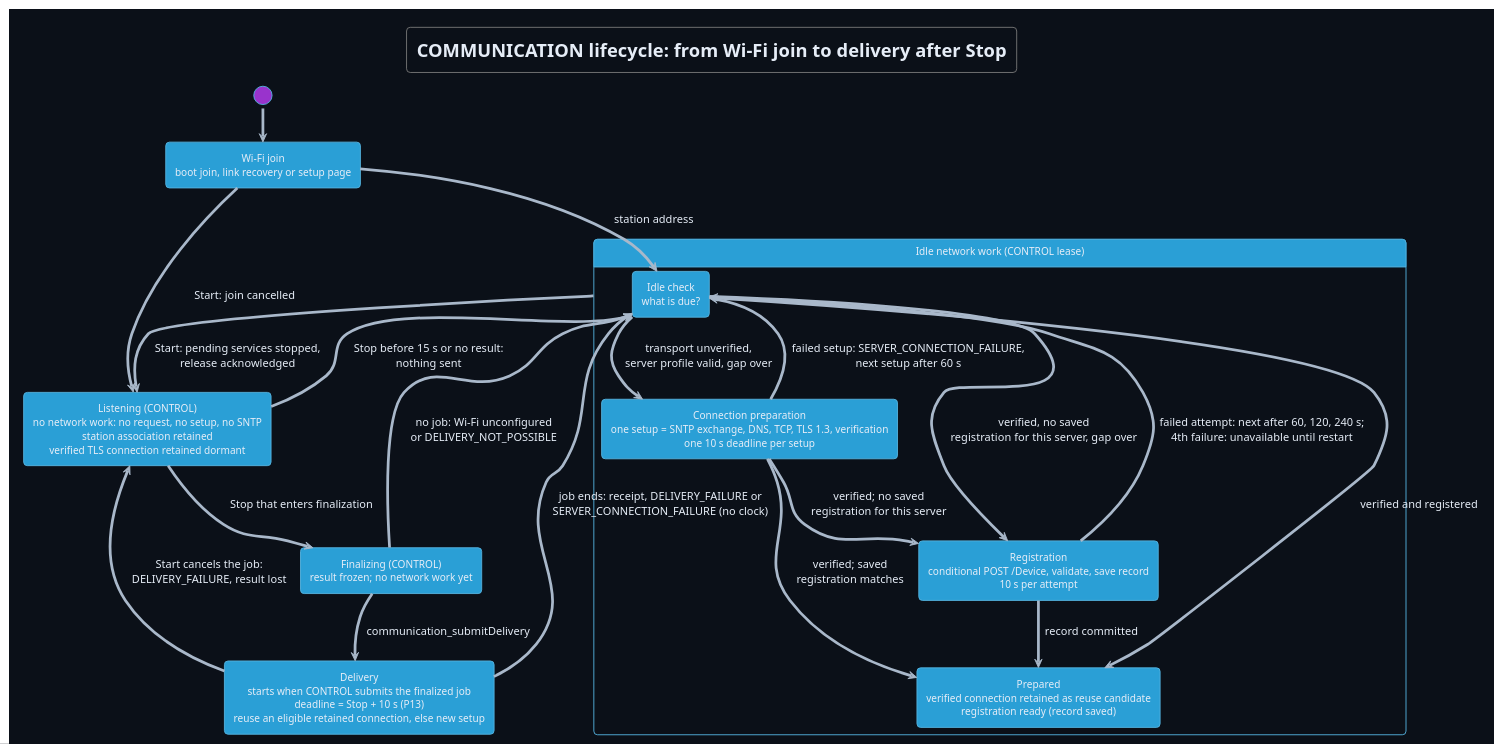
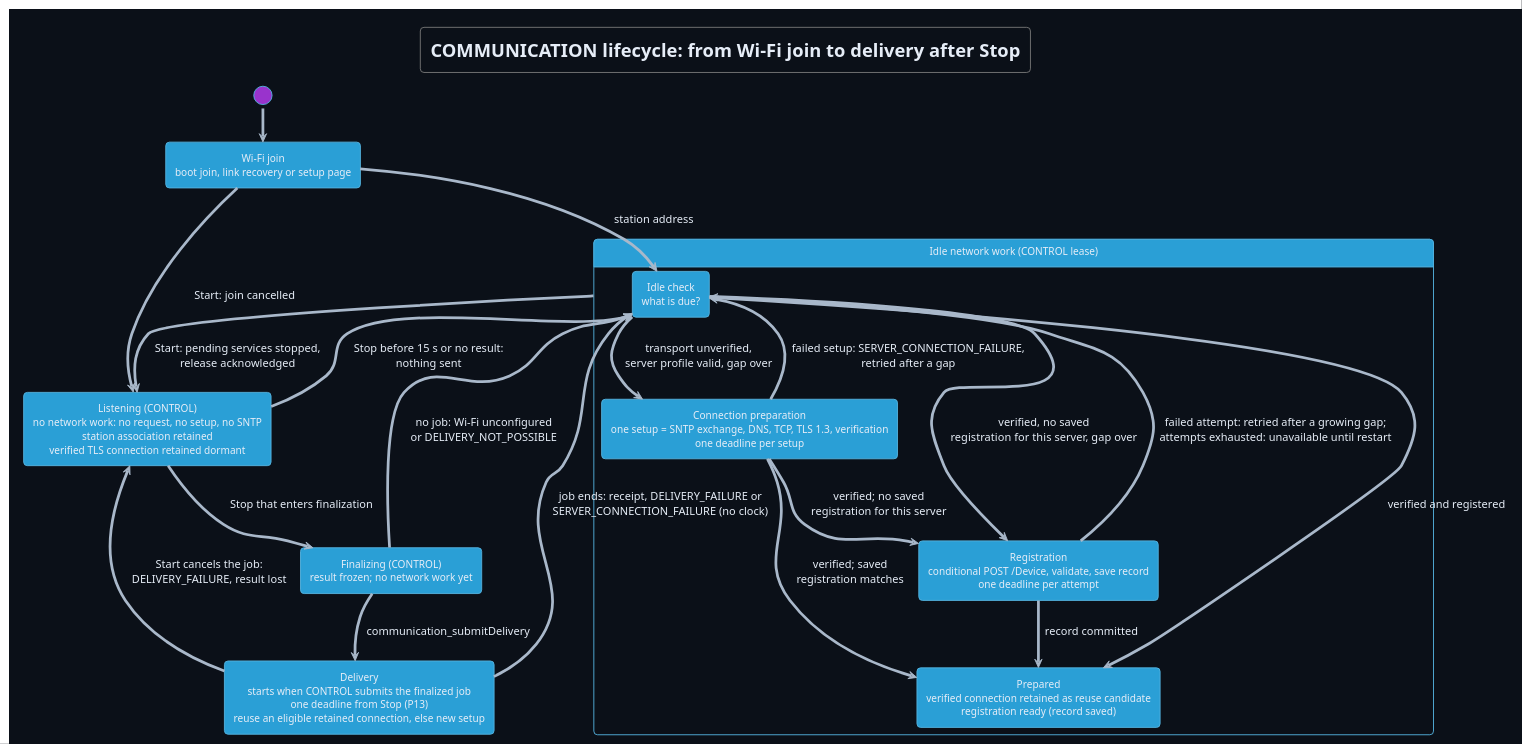
One commit to DemonicPsychoII/DigitalStethoscope changed the diagram in Development/system/architecture/COMMUNICATION/communication-lifecycle.puml. Above: the diagram before and after it, drawn with PlantUML. The commit also changed 5 other files, not shown here.

```diff
--- a/Development/system/architecture/COMMUNICATION/communication-lifecycle.puml
+++ b/Development/system/architecture/COMMUNICATION/communication-lifecycle.puml
@@ -1,39 +1,39 @@
 @startuml communication_lifecycle
 !theme cyborg
 !pragma layout smetana
 skinparam shadowing false
 skinparam defaultFontName SansSerif
 skinparam backgroundColor #0b1018
 skinparam defaultFontColor #e6edf7
 skinparam ArrowColor #a9b8ca
 title COMMUNICATION lifecycle: from Wi-Fi join to delivery after Stop
 hide empty description
 state "Wi-Fi join\nboot join, link recovery or setup page" as Join
 state "Idle network work (CONTROL lease)" as Idle {
  state "Idle check\nwhat is due?" as Check
- state "Connection preparation\none setup = SNTP exchange, DNS, TCP, TLS 1.3, verification\none 10 s deadline per setup" as Preparation
- state "Registration\nconditional POST /Device, validate, save record\n10 s per attempt" as Registration
+ state "Connection preparation\none setup = SNTP exchange, DNS, TCP, TLS 1.3, verification\none deadline per setup" as Preparation
+ state "Registration\nconditional POST /Device, validate, save record\none deadline per attempt" as Registration
  state "Prepared\nverified connection retained as reuse candidate\nregistration ready (record saved)" as Prepared
 }
 state "Listening (CONTROL)\nno network work: no request, no setup, no SNTP\nstation association retained\nverified TLS connection retained dormant" as Listening
 state "Finalizing (CONTROL)\nresult frozen; no network work yet" as Finalizing
-state "Delivery\nstarts when CONTROL submits the finalized job\ndeadline = Stop + 10 s (P13)\nreuse an eligible retained connection, else new setup" as Delivery
+state "Delivery\nstarts when CONTROL submits the finalized job\none deadline from Stop (P13)\nreuse an eligible retained connection, else new setup" as Delivery
 [*] --> Join
 Join -down-> Check : station address
 Check --> Preparation : transport unverified,\nserver profile valid, gap over
 Check --> Registration : verified, no saved\nregistration for this server, gap over
 Check --> Prepared : verified and registered
-Preparation --> Check : failed setup: SERVER_CONNECTION_FAILURE,\nnext setup after 60 s
+Preparation --> Check : failed setup: SERVER_CONNECTION_FAILURE,\nretried after a gap
 Preparation --> Registration : verified; no saved\nregistration for this server
 Preparation --> Prepared : verified; saved\nregistration matches
 Registration --> Prepared : record committed
-Registration --> Check : failed attempt: next after 60, 120, 240 s;\n4th failure: unavailable until restart
+Registration --> Check : failed attempt: retried after a growing gap;\nattempts exhausted: unavailable until restart
 Idle -down-> Listening : Start: pending services stopped,\nrelease acknowledged
 Join --> Listening : Start: join cancelled
 Listening -up-> Check : Stop before 15 s or no result:\nnothing sent
 Listening -down-> Finalizing : Stop that enters finalization
 Finalizing -up-> Check : no job: Wi-Fi unconfigured\nor DELIVERY_NOT_POSSIBLE
 Finalizing -down-> Delivery : communication_submitDelivery
 Delivery -up-> Check : job ends: receipt, DELIVERY_FAILURE or\nSERVER_CONNECTION_FAILURE (no clock)
 Delivery -up-> Listening : Start cancels the job:\nDELIVERY_FAILURE, result lost
 @enduml
```
